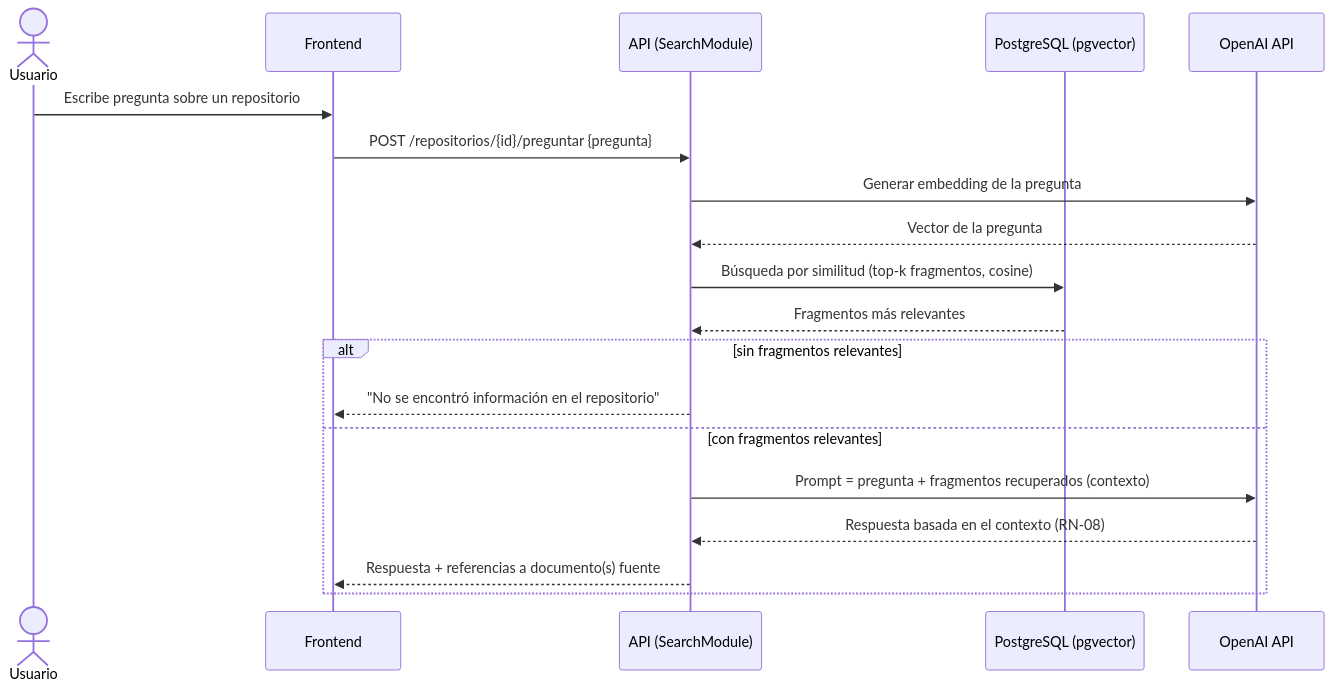
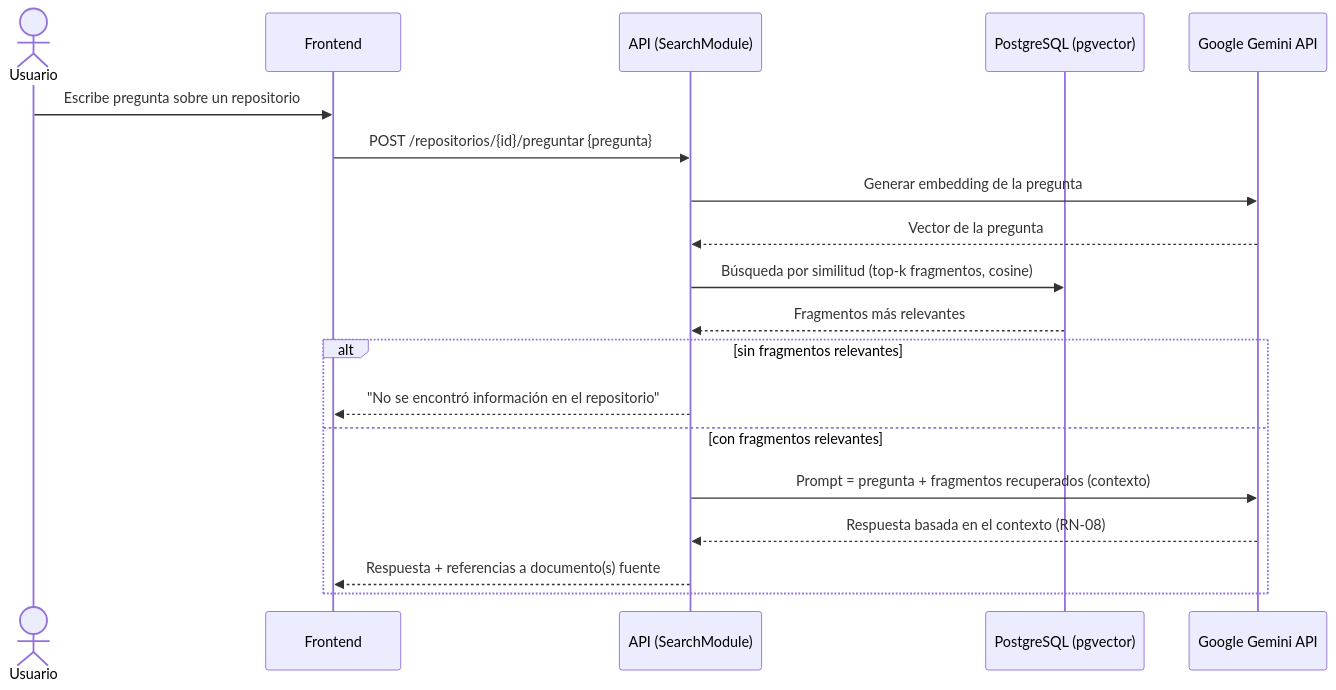
Before and after one commit to JosephV-Q/Repositorio_Inteligente: the fourth of 5 diagrams in 02_Diseno/2-Diagramas-UML.md, drawn with Mermaid. The commit also changed other lines of this file and 21 other files, not shown here.

````diff
--- a/02_Diseno/2-Diagramas-UML.md
+++ b/02_Diseno/2-Diagramas-UML.md
@@ -135,22 +135,22 @@
 ```mermaid
 sequenceDiagram
     actor Usuario
     participant FE as Frontend
     participant API as API (SearchModule)
     participant DB as PostgreSQL (pgvector)
-    participant IA as OpenAI API
+    participant IA as Google Gemini API
 
     Usuario->>FE: Escribe pregunta sobre un repositorio
     FE->>API: POST /repositorios/{id}/preguntar {pregunta}
     API->>IA: Generar embedding de la pregunta
     IA-->>API: Vector de la pregunta
     API->>DB: Búsqueda por similitud (top-k fragmentos, cosine)
     DB-->>API: Fragmentos más relevantes
     alt sin fragmentos relevantes
         API-->>FE: "No se encontró información en el repositorio"
     else con fragmentos relevantes
         API->>IA: Prompt = pregunta + fragmentos recuperados (contexto)
         IA-->>API: Respuesta basada en el contexto (RN-08)
         API-->>FE: Respuesta + referencias a documento(s) fuente
     end
 ```
````
